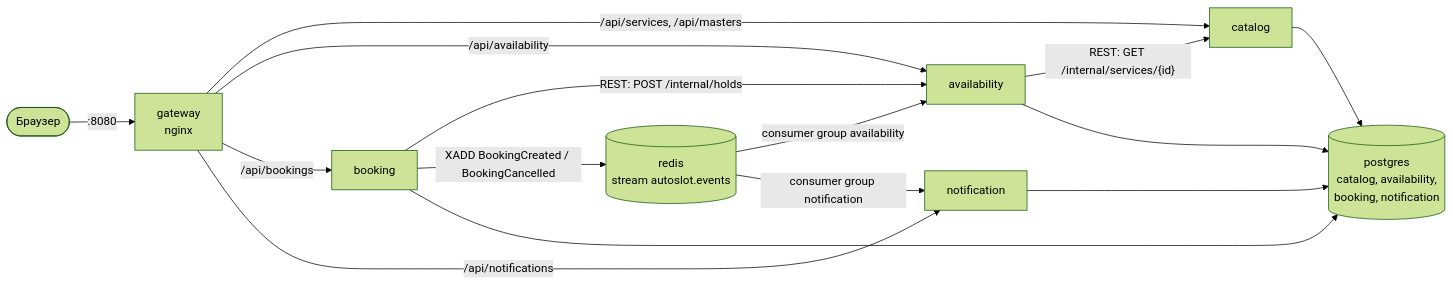
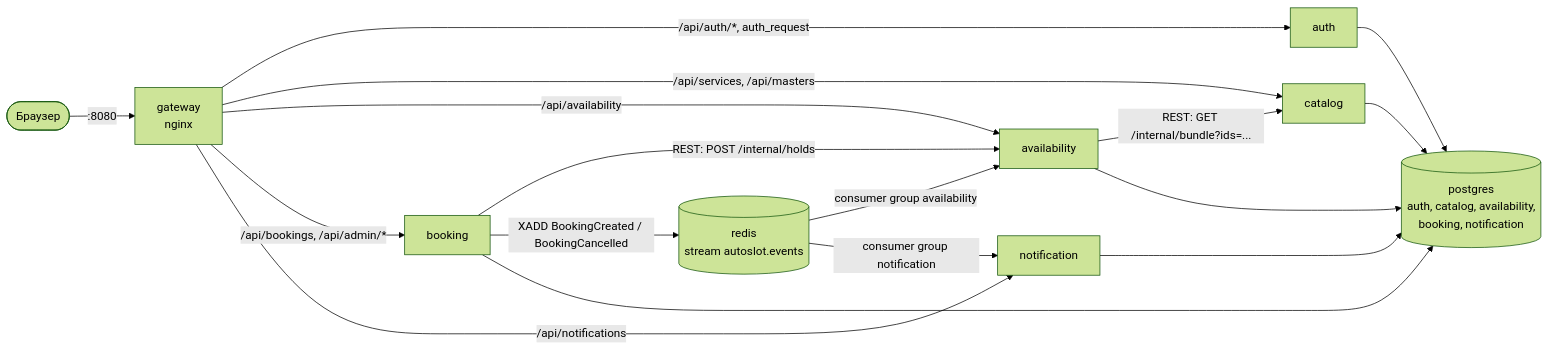
One commit to ZakharZakharchuk/autoslot-cloud changed the diagram in lab2-containers/report.md. Above: the diagram before and after it, drawn with Mermaid (forest theme). The commit also changed other lines of this file and 1 other file, not shown here.

Commit message:
Лаба 2: звіт і README під поточний код — auth, вхід за паролем, кілька послуг, адмін-панель

````diff
--- a/lab2-containers/report.md
+++ b/lab2-containers/report.md
@@ -38,14 +53,15 @@
 ```mermaid
 flowchart LR
     user([Браузер]) -- ":8080" --> gw[gateway<br/>nginx]
+    gw -- "/api/auth/*, auth_request" --> au[auth]
     gw -- /api/services, /api/masters --> cat[catalog]
     gw -- /api/availability --> av[availability]
-    gw -- /api/bookings --> bk[booking]
+    gw -- "/api/bookings, /api/admin/*" --> bk[booking]
     gw -- /api/notifications --> nt[notification]
     bk -- "REST: POST /internal/holds" --> av
-    av -- "REST: GET /internal/services/{id}" --> cat
+    av -- "REST: GET /internal/bundle?ids=..." --> cat
     bk -- "XADD BookingCreated / BookingCancelled" --> rd[(redis<br/>stream autoslot.events)]
     rd -- consumer group availability --> av
     rd -- consumer group notification --> nt
-    cat & av & bk & nt --> pg[(postgres<br/>catalog, availability,<br/>booking, notification)]
+    au & cat & av & bk & nt --> pg[(postgres<br/>auth, catalog, availability,<br/>booking, notification)]
 ```
````
